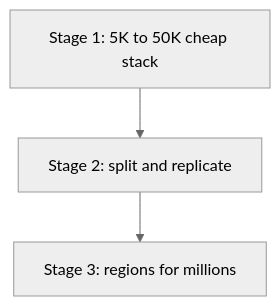
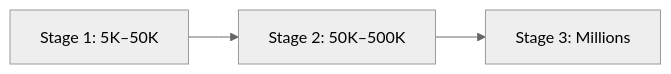
One commit to mostafiz57/Software-Architecture-Playbook changed diagram 17 of 17 in case-studies/mobility-delivery-platform/README.md. Above: the diagram before and after it, drawn with Mermaid (neutral theme). The commit also changed other lines of this file, not shown here.

````diff
--- a/case-studies/mobility-delivery-platform/README.md
+++ b/case-studies/mobility-delivery-platform/README.md
@@ -606,5 +528,5 @@
 ```mermaid
-flowchart TB
-  S1["Stage 1: 5K to 50K cheap stack"] --> S2["Stage 2: split and replicate"]
-  S2 --> S3["Stage 3: regions for millions"]
+flowchart LR
+  S1["Stage 1: 5K–50K"] --> S2["Stage 2: 50K–500K"]
+  S2 --> S3["Stage 3: Millions"]
 ```
````
